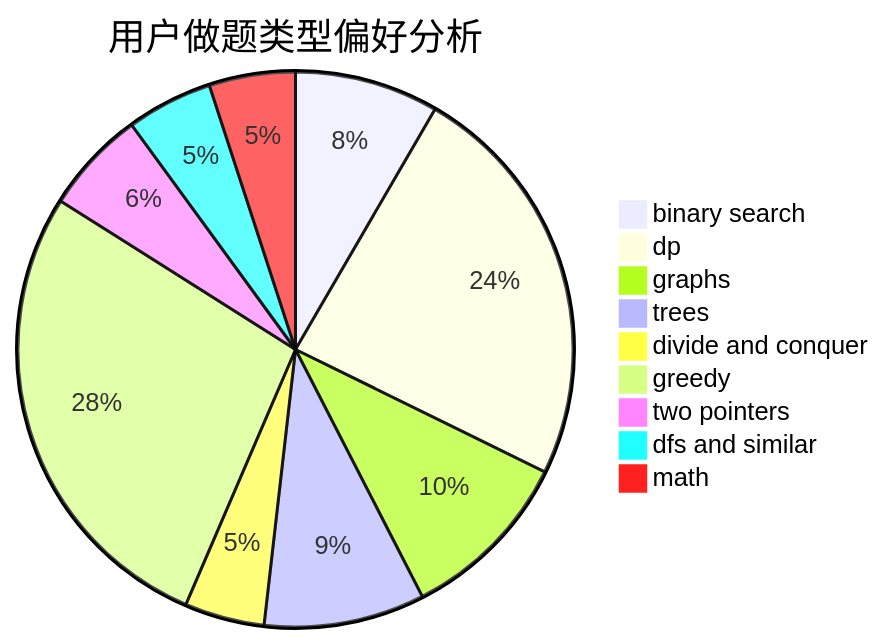
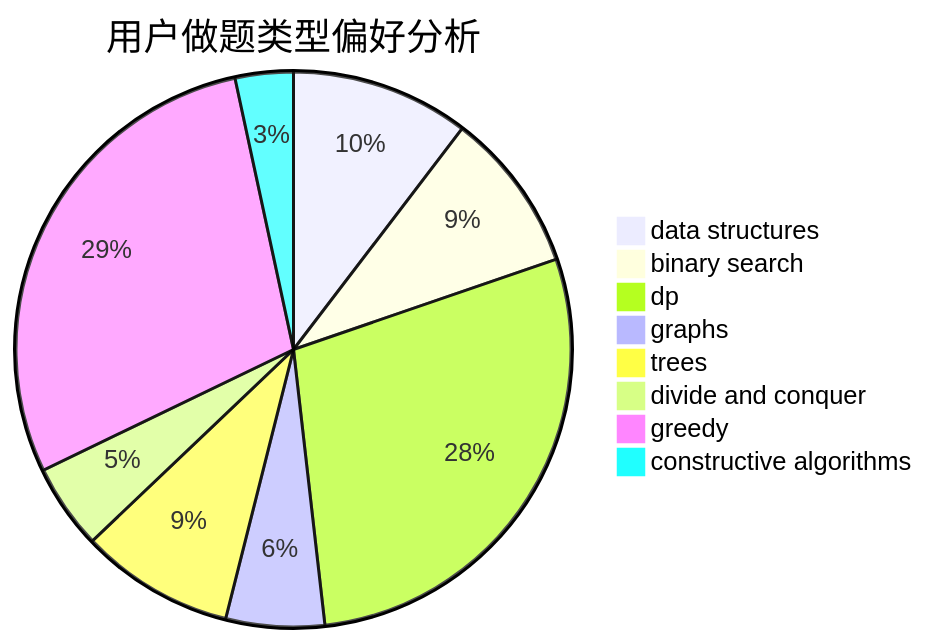
One commit to sherpahu/cfrs.github.io changed the second of 3 diagrams in docs/user/u1076.md. Above: the diagram before and after it, drawn with Mermaid. The commit also changed other lines of this file and 2775 other files, not shown here.

````diff
--- a/docs/user/u1076.md
+++ b/docs/user/u1076.md
@@ -23,12 +23,11 @@
 ```mermaid
 pie title 用户做题类型偏好分析
-    "binary search" :  162
-    "dp" :  462
-    "graphs" :  197
-    "trees" :  181
-    "divide and conquer" :  90
-    "greedy" :  532
-    "two pointers" :  116
-    "dfs and similar" :  97
-    "math" :  97
+    "data structures" :  132
+    "binary search" :  119
+    "dp" :  362
+    "graphs" :  73
+    "trees" :  114
+    "divide and conquer" :  63
+    "greedy" :  366
+    "constructive algorithms" :  43
 ```
````
